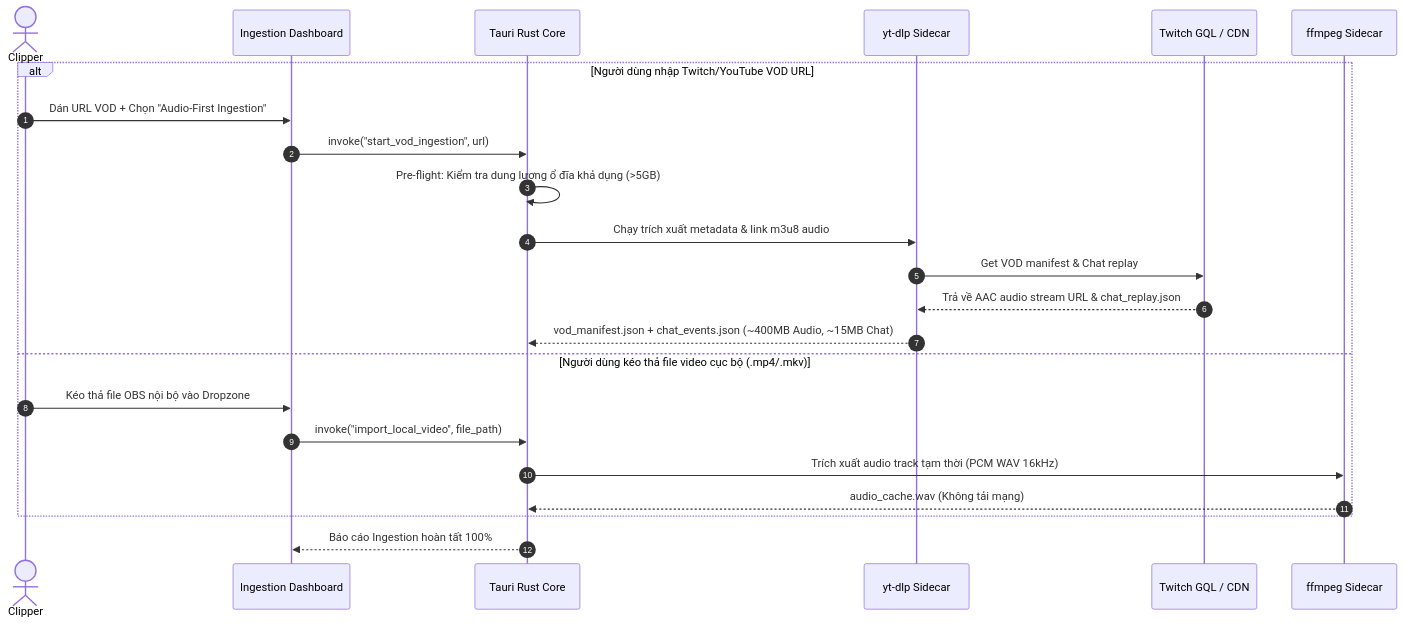
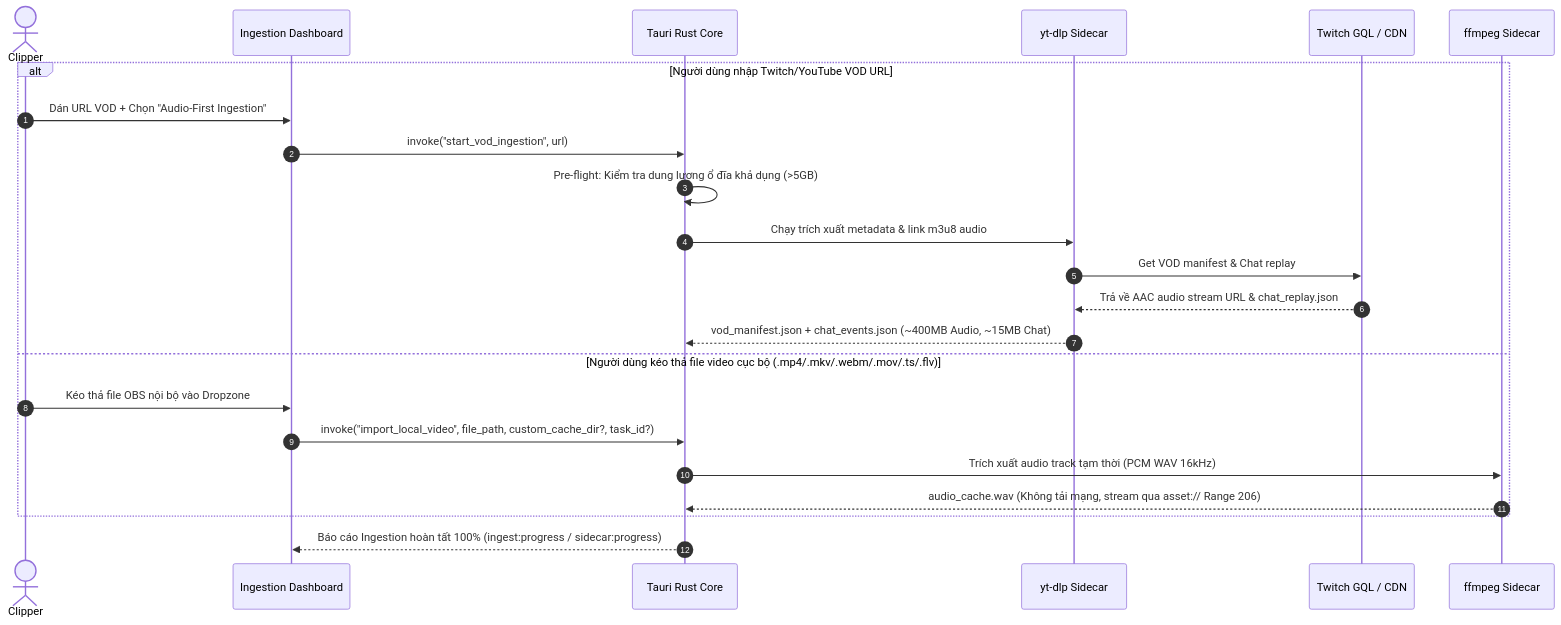
Before and after one commit to Nashidiwa/neuroclip: the third of 7 diagrams in docs/ARCHITECTURE.md, drawn with Mermaid. The commit also changed other lines of this file and 6 other files, not shown here.

````diff
--- a/docs/ARCHITECTURE.md
+++ b/docs/ARCHITECTURE.md
@@ -191,26 +190,26 @@
 ```mermaid
 sequenceDiagram
     autonumber
     actor Clipper as Clipper
     participant UI as Ingestion Dashboard
     participant Rust as Tauri Rust Core
     participant YtDlp as yt-dlp Sidecar
     participant Twitch as Twitch GQL / CDN
     participant FFmpeg as ffmpeg Sidecar
 
     alt Người dùng nhập Twitch/YouTube VOD URL
         Clipper->>UI: Dán URL VOD + Chọn "Audio-First Ingestion"
         UI->>Rust: invoke("start_vod_ingestion", url)
         Rust->>Rust: Pre-flight: Kiểm tra dung lượng ổ đĩa khả dụng (>5GB)
         Rust->>YtDlp: Chạy trích xuất metadata & link m3u8 audio
         YtDlp->>Twitch: Get VOD manifest & Chat replay
         Twitch-->>YtDlp: Trả về AAC audio stream URL & chat_replay.json
         YtDlp-->>Rust: vod_manifest.json + chat_events.json (~400MB Audio, ~15MB Chat)
-    else Người dùng kéo thả file video cục bộ (.mp4/.mkv)
+    else Người dùng kéo thả file video cục bộ (.mp4/.mkv/.webm/.mov/.ts/.flv)
         Clipper->>UI: Kéo thả file OBS nội bộ vào Dropzone
-        UI->>Rust: invoke("import_local_video", file_path)
+        UI->>Rust: invoke("import_local_video", file_path, custom_cache_dir?, task_id?)
         Rust->>FFmpeg: Trích xuất audio track tạm thời (PCM WAV 16kHz)
-        FFmpeg-->>Rust: audio_cache.wav (Không tải mạng)
+        FFmpeg-->>Rust: audio_cache.wav (Không tải mạng, stream qua asset:// Range 206)
     end
-    Rust-->>UI: Báo cáo Ingestion hoàn tất 100%
+    Rust-->>UI: Báo cáo Ingestion hoàn tất 100% (ingest:progress / sidecar:progress)
 ```
````
